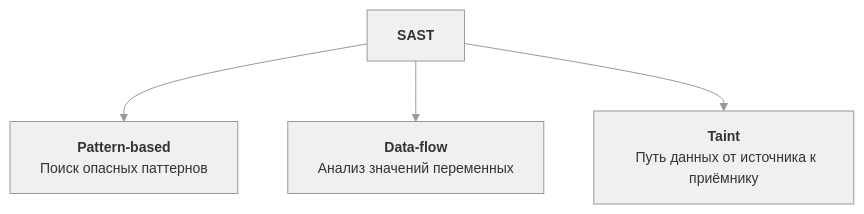
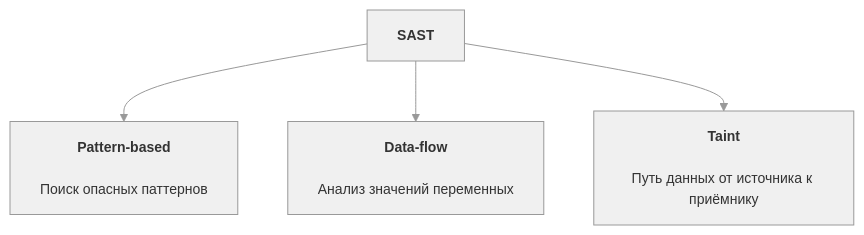
The diagram in docs/research/sast-basics.md (Otto-7/mcp), drawn with Mermaid before and after one commit.

````diff
--- a/docs/research/sast-basics.md
+++ b/docs/research/sast-basics.md
@@ -2,13 +2,13 @@
 ```mermaid
 %%{init: {'theme':'base', 'themeVariables': {
   'primaryColor': '#f0f0f0',
   'primaryTextColor': '#333333',
   'primaryBorderColor': '#999999',
   'lineColor': '#999999',
   'fontSize': '14px'
 }}}%%
 flowchart TD
-    SAST["<b>SAST</b>"] --> A["<b>Pattern-based</b><br/>  Поиск опасных паттернов"]
-    SAST --> B["<b>Data-flow</b><br/>  Анализ значений переменных"]
-    SAST --> C["<b>Taint</b><br/>  Путь данных от источника к приёмнику"]
+    SAST["<b>SAST</b>"] --> A["<b>Pattern-based</b><br/><br/>Поиск опасных паттернов"]
+    SAST --> B["<b>Data-flow</b><br/><br/>Анализ значений переменных"]
+    SAST --> C["<b>Taint</b><br/><br/>Путь данных от источника к приёмнику"]
 ```
````
